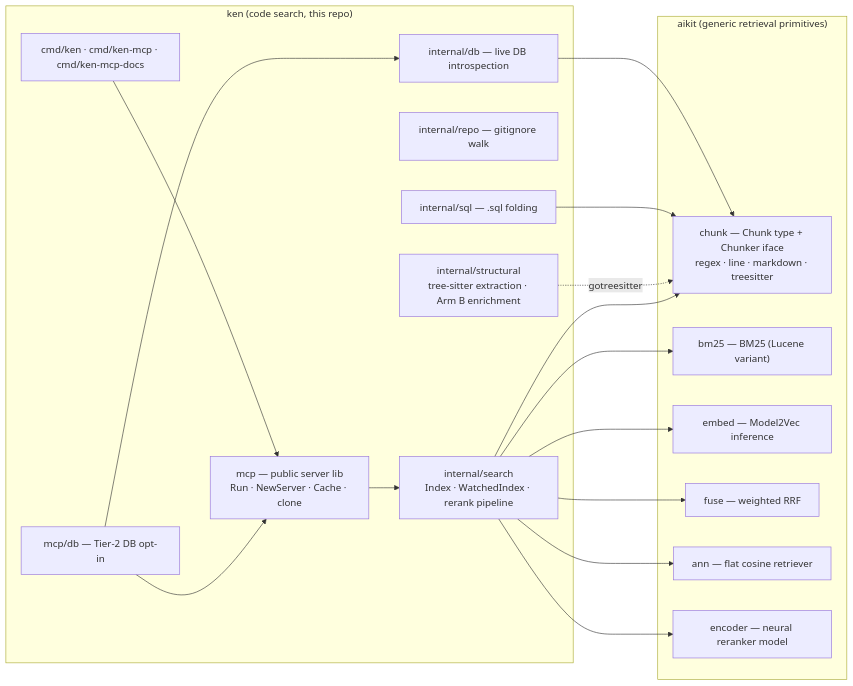
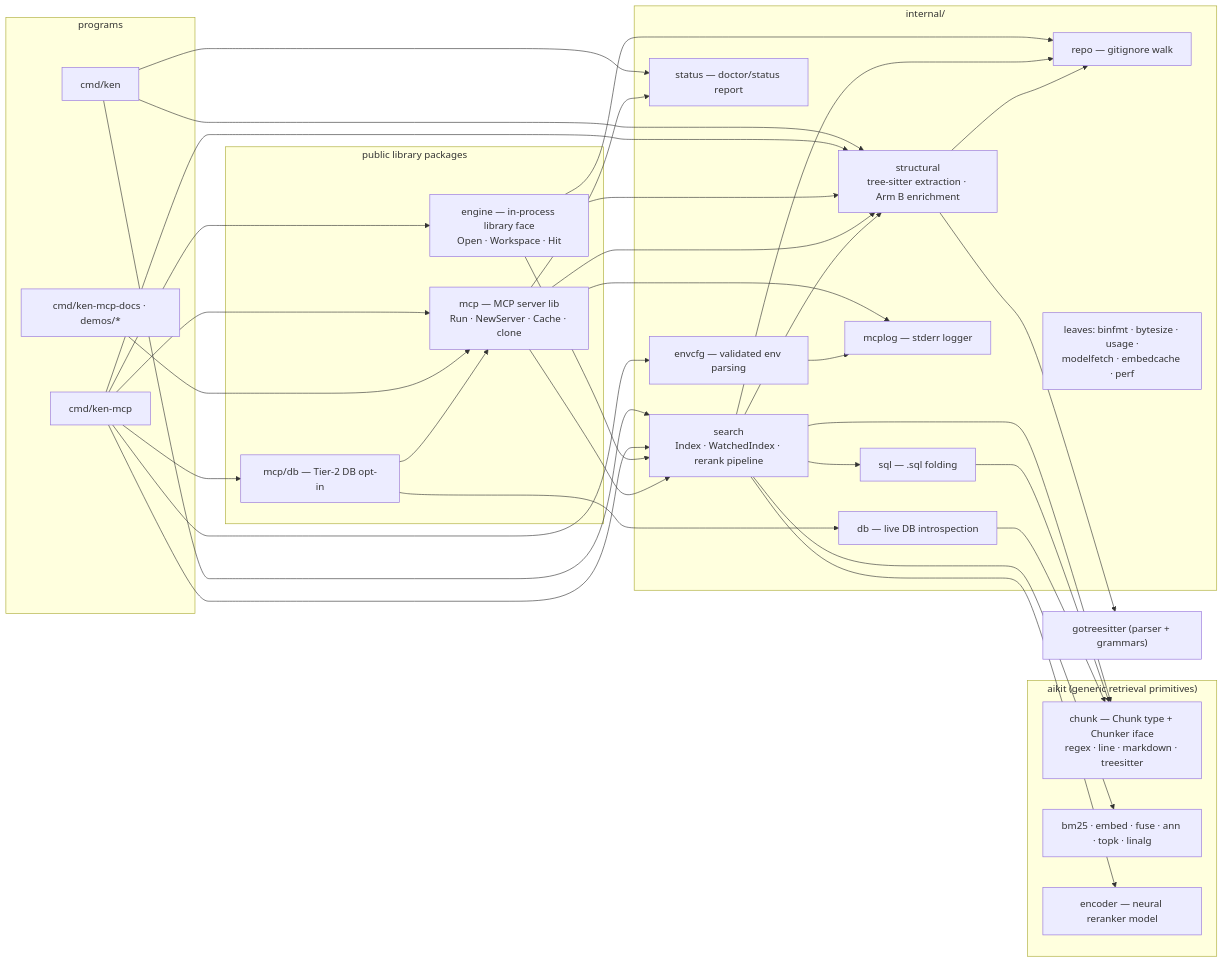
The first of 2 diagrams in ARCHITECTURE.md (townsendmerino/ken), drawn with Mermaid before and after one commit. The commit also changed other lines of this file and 6 other files, not shown here.

First line of the commit message:
envcfg: stop importing mcp; redraw ARCHITECTURE.md's package map

````diff
--- a/ARCHITECTURE.md
+++ b/ARCHITECTURE.md
@@ -15,28 +15,42 @@
 ```mermaid
 graph LR
     subgraph aikit ["aikit (generic retrieval primitives)"]
         chunk["chunk — Chunk type + Chunker iface<br/>regex · line · markdown · treesitter"]
-        bm["bm25 — BM25 (Lucene variant)"]
-        embed["embed — Model2Vec inference"]
-        fuse["fuse — weighted RRF"]
-        ann["ann — flat cosine retriever"]
+        retr["bm25 · embed · fuse · ann · topk · linalg"]
         encoder["encoder — neural reranker model"]
     end
-    subgraph ken ["ken (code search, this repo)"]
-        search["internal/search<br/>Index · WatchedIndex · rerank pipeline"]
-        repo["internal/repo — gitignore walk"]
-        structural["internal/structural<br/>tree-sitter extraction · Arm B enrichment"]
-        sqlpkg["internal/sql — .sql folding"]
-        dbpkg["internal/db — live DB introspection"]
-        mcppkg["mcp — public server lib<br/>Run · NewServer · Cache · clone"]
+    gts["gotreesitter (parser + grammars)"]
+    subgraph programs ["programs"]
+        ken["cmd/ken"]
+        kenmcp["cmd/ken-mcp"]
+        embedded["cmd/ken-mcp-docs · demos/*"]
+    end
+    subgraph public ["public library packages"]
+        engine["engine — in-process library face<br/>Open · Workspace · Hit"]
+        mcppkg["mcp — MCP server lib<br/>Run · NewServer · Cache · clone"]
         mcpdb["mcp/db — Tier-2 DB opt-in"]
-        cmds["cmd/ken · cmd/ken-mcp · cmd/ken-mcp-docs"]
     end
-    search --> chunk & bm & embed & fuse & ann & encoder
-    structural -.gotreesitter.-> chunk
-    sqlpkg --> chunk
-    dbpkg --> chunk
-    mcppkg --> search
+    subgraph internal ["internal/"]
+        search["search<br/>Index · WatchedIndex · rerank pipeline"]
+        structural["structural<br/>tree-sitter extraction · Arm B enrichment"]
+        repo["repo — gitignore walk"]
+        sqlpkg["sql — .sql folding"]
+        dbpkg["db — live DB introspection"]
+        status["status — doctor/status report"]
+        envcfg["envcfg — validated env parsing"]
+        mcplog["mcplog — stderr logger"]
+        small["leaves: binfmt · bytesize · usage ·<br/>modelfetch · embedcache · perf"]
+    end
+    ken --> search & structural & status
+    kenmcp --> engine & mcppkg & mcpdb & search & structural & envcfg
+    embedded --> mcppkg
+    engine --> search & structural & repo
+    mcppkg --> search & structural & status & mcplog
     mcpdb --> mcppkg & dbpkg
-    cmds --> mcppkg
+    envcfg --> mcplog
+    search --> structural & repo & sqlpkg
+    structural --> repo
+    search --> chunk & retr & encoder
+    structural --> gts
+    sqlpkg & dbpkg --> chunk
 ```
````
